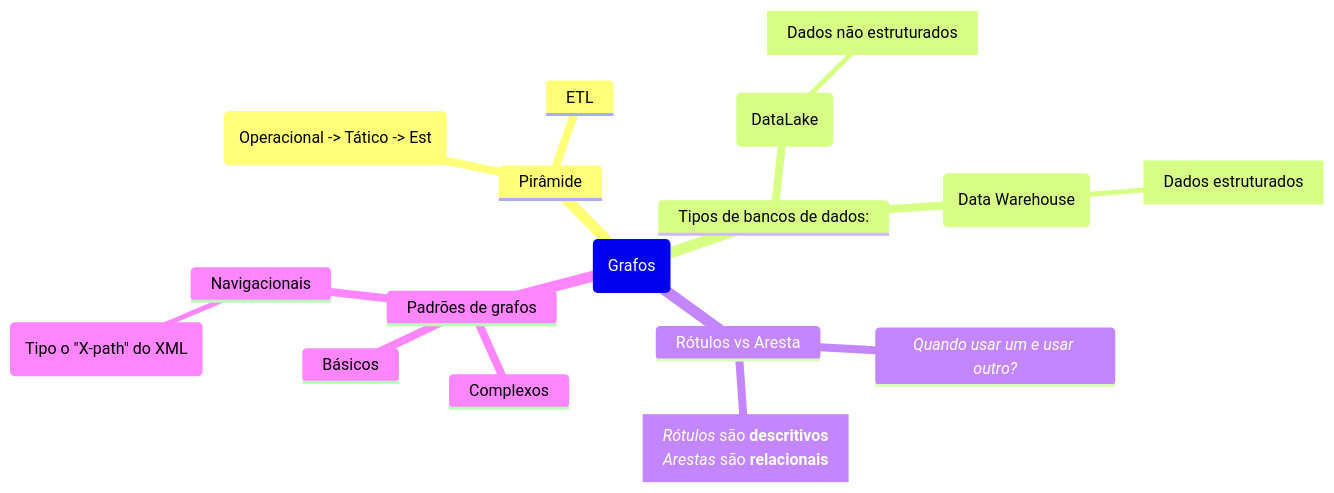
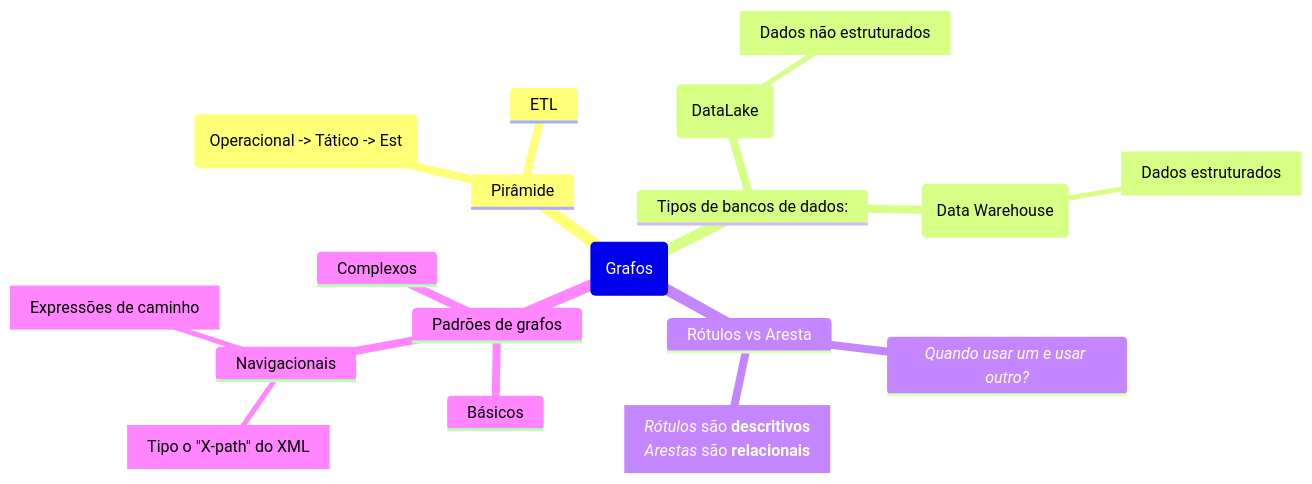
One commit to Igorino/joplin-notes changed the diagram in Mestrado/Segundo Semestre/SIN5033 - Grafos de conhecimento e Ontologias/Anotações/De Aulas/Aula do dia 2026 04 08.md. Above: the diagram before and after it, drawn with Mermaid.

Commit message:
Exported on 2026-04-08_15-45-51

````diff
--- a/Mestrado/Segundo Semestre/SIN5033 - Grafos de conhecimento e Ontologias/Anotações/De Aulas/Aula do dia 2026 04 08.md
+++ b/Mestrado/Segundo Semestre/SIN5033 - Grafos de conhecimento e Ontologias/Anotações/De Aulas/Aula do dia 2026 04 08.md
@@ -1,27 +1,28 @@
 ```mermaid
 mindmap
 	Root(Grafos)
 		Pirâmide
 			("Operacional -> Tático -> Est")
 			ETL
 
 		Tipos de bancos de dados:		
 			(DataLake)
 				[Dados não estruturados]
 			(Data Warehouse)
 				[Dados estruturados]
 
 		Rótulos vs Aresta
 			*Quando usar um e usar outro?*
 			[*Rótulos* são **descritivos**
 			*Arestas* são **relacionais**]
 
 		Padrões de grafos
 			Básicos
 			Complexos
 			Navigacionais
-				(Tipo o "X-path" do XML)
+				[Tipo o "X-path" do XML]
+				[Expressões de caminho]
 
 
 			
 ```
````
